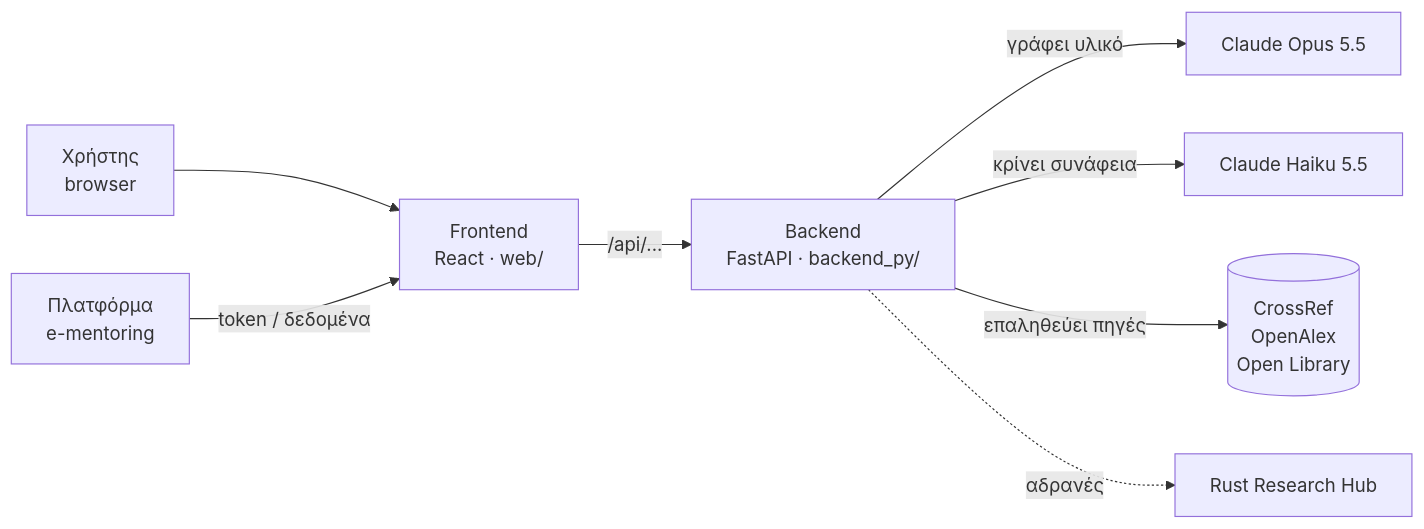
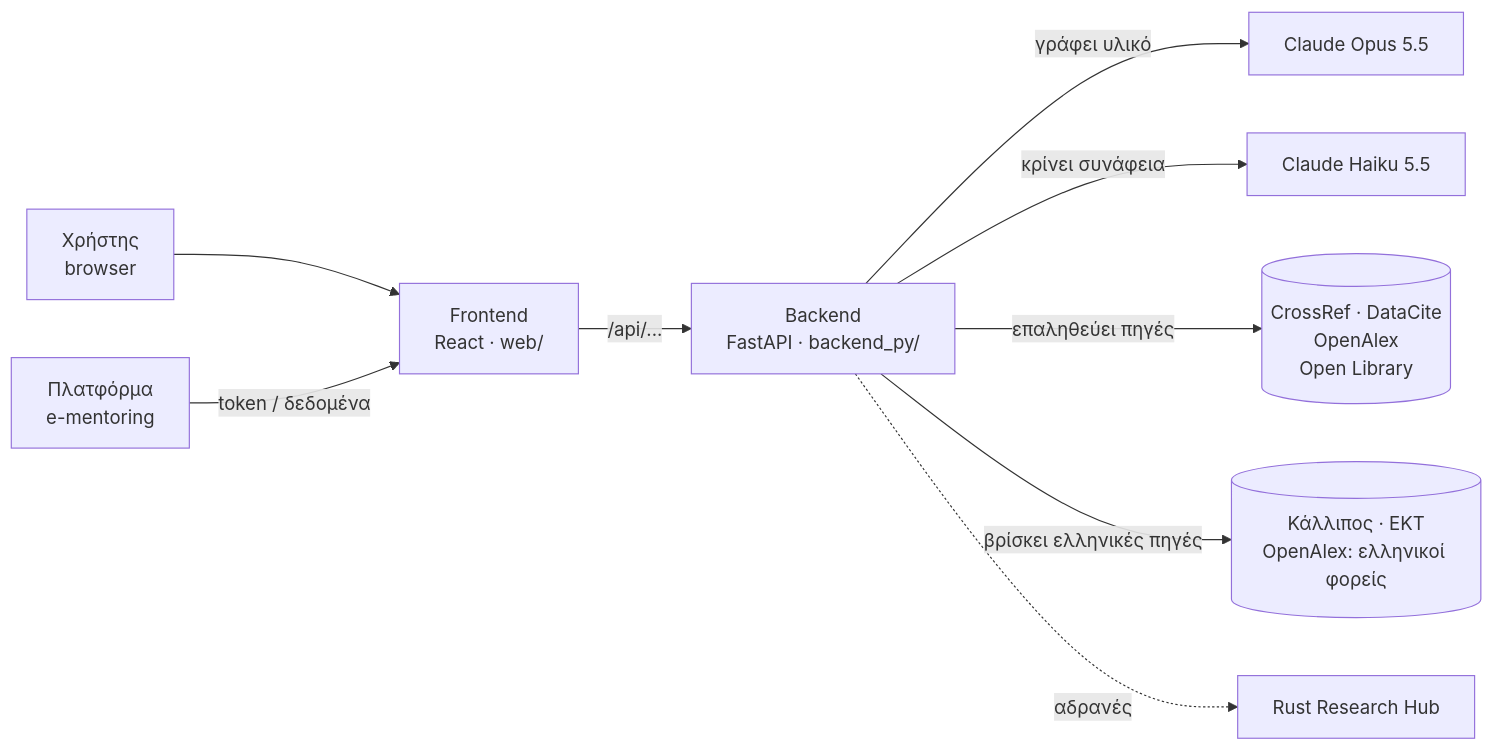
One commit to apopsiAI-Team/ai_content_creator changed the first of 5 diagrams in workflow_october_2026.md. Above: the diagram before and after it, drawn with Mermaid. The commit also changed other lines of this file, not shown here.

Commit message:
Workflow guide: Greek sources (suggest + integrate), DataCite verification

````diff
--- a/workflow_october_2026.md
+++ b/workflow_october_2026.md
@@ -38,10 +38,11 @@
 ```mermaid
 flowchart LR
     U[Χρήστης<br/>browser] --> FE[Frontend<br/>React · web/]
     P[Πλατφόρμα<br/>e-mentoring] -- token / δεδομένα --> FE
     FE -- /api/... --> BE[Backend<br/>FastAPI · backend_py/]
     BE -- γράφει υλικό --> OPUS[Claude Opus 5.5]
     BE -- κρίνει συνάφεια --> HAIKU[Claude Haiku 5.5]
-    BE -- επαληθεύει πηγές --> DB[(CrossRef<br/>OpenAlex<br/>Open Library)]
+    BE -- επαληθεύει πηγές --> DB[(CrossRef · DataCite<br/>OpenAlex<br/>Open Library)]
+    BE -- βρίσκει ελληνικές πηγές --> GR[(Κάλλιπος · ΕΚΤ<br/>OpenAlex: ελληνικοί φορείς)]
     BE -. αδρανές .-> RH[Rust Research Hub]
 ```
````
